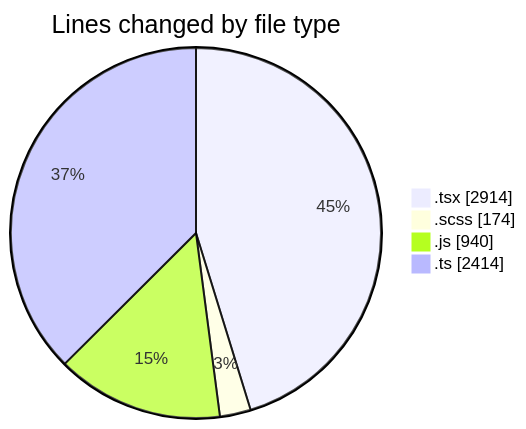
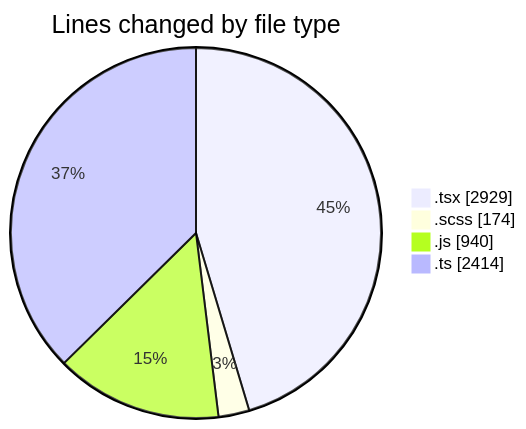
Before and after one commit to momahboobian/code-tracking: the first of 2 diagrams in 2026-07-15/cda/README.md, drawn with Mermaid. The commit also changed other lines of this file and 1 other file, not shown here.

````diff
--- a/2026-07-15/cda/README.md
+++ b/2026-07-15/cda/README.md
@@ -51,8 +51,8 @@
 ```mermaid
 pie showData
 title Lines changed by file type
-".tsx" : 2914
+".tsx" : 2929
 ".scss" : 174
 ".js" : 940
 ".ts" : 2414
 ```
````
